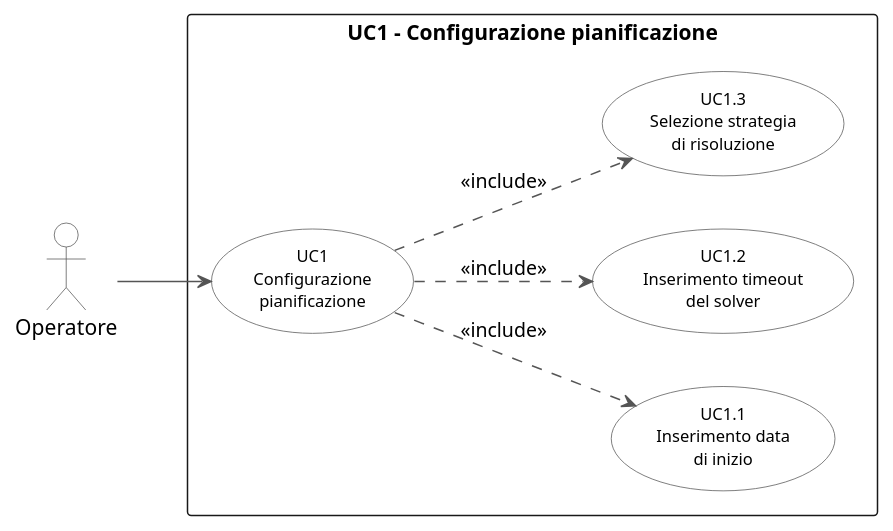
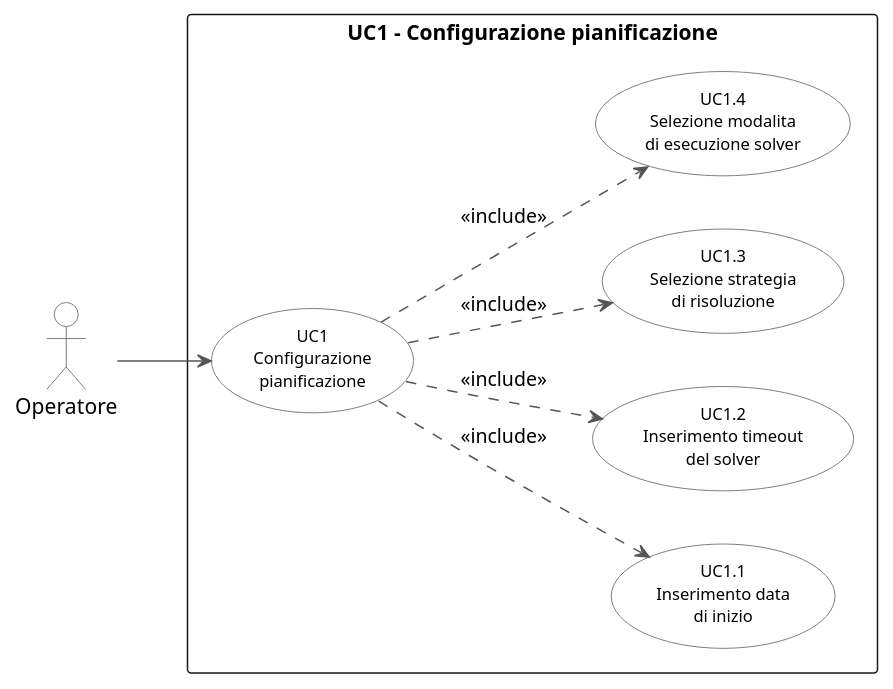
One commit to Faverooo/Tesi-MarcoFavero changed the diagram in plantuml/usecase/uc1.puml. Above: the diagram before and after it, drawn with PlantUML. The commit also changed 10 other files, not shown here.

```diff
--- a/plantuml/usecase/uc1.puml
+++ b/plantuml/usecase/uc1.puml
@@ -1,28 +1,30 @@
 @startuml uc1
 left to right direction
 skinparam backgroundColor white
 skinparam usecase {
     BackgroundColor White
     BorderColor #555555
     ArrowColor #555555
     FontSize 11
 }
 skinparam actor {
     BackgroundColor White
     BorderColor #555555
 }
 
 actor "Operatore" as op
 
 rectangle "UC1 - Configurazione pianificazione" {
     (UC1\nConfigurazione\npianificazione) as UC1
     (UC1.1\nInserimento data\ndi inizio) as UC11
     (UC1.2\nInserimento timeout\ndel solver) as UC12
     (UC1.3\nSelezione strategia\ndi risoluzione) as UC13
+    (UC1.4\nSelezione modalita\ndi esecuzione solver) as UC14
 }
 
 op --> UC1
 UC1 ..> UC11 : <<include>>
 UC1 ..> UC12 : <<include>>
 UC1 ..> UC13 : <<include>>
+UC1 ..> UC14 : <<include>>
 @enduml
```
